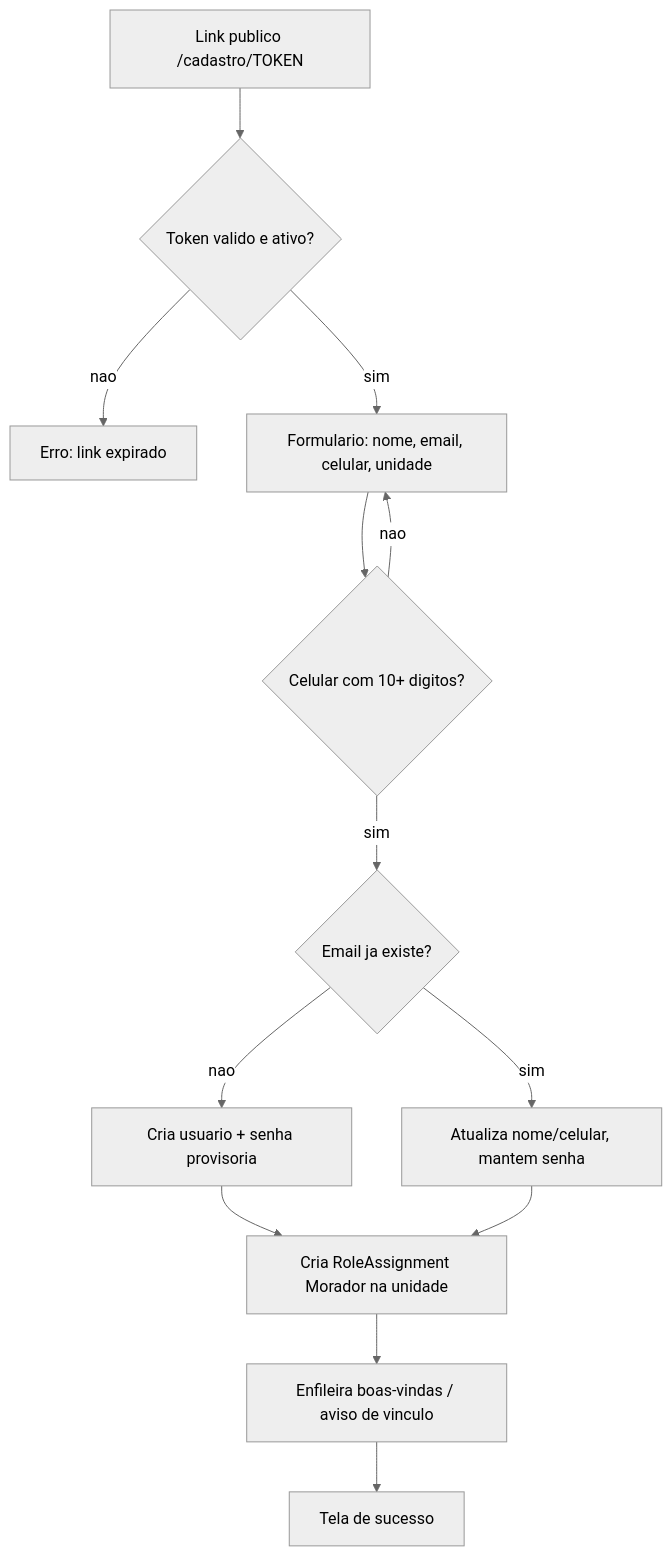
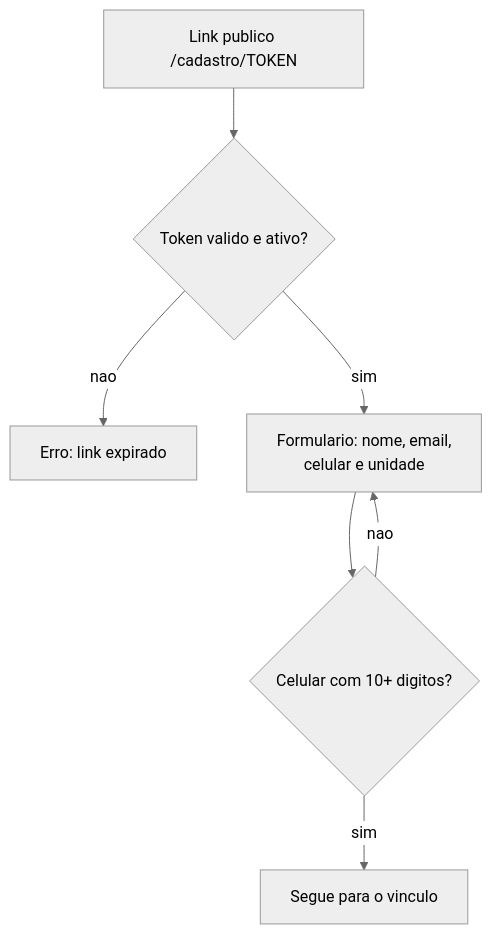
One commit to tiacquax-web/AcquaXcontrol changed the fourth of 14 diagrams in docs/FLUXOGRAMA-SISTEMA.md. Above: the diagram before and after it, drawn with Mermaid (neutral theme). The commit also changed other lines of this file and 1 other file, not shown here.

First line of the commit message:
docs(sistema): diagramas reajustados para nao ficarem cortados

````diff
--- a/docs/FLUXOGRAMA-SISTEMA.md
+++ b/docs/FLUXOGRAMA-SISTEMA.md
@@ -214,15 +214,9 @@
 ```mermaid
 flowchart TD
   L[Link publico /cadastro/TOKEN] --> V{Token valido e ativo?}
   V -- nao --> E[Erro: link expirado]
-  V -- sim --> F[Formulario: nome, email, celular, unidade]
+  V -- sim --> F["Formulario: nome, email,<br/>celular e unidade"]
   F --> G{Celular com 10+ digitos?}
   G -- nao --> F
-  G -- sim --> H{Email ja existe?}
-  H -- nao --> N[Cria usuario + senha provisoria]
-  H -- sim --> R[Atualiza nome/celular, mantem senha]
-  N --> RA[Cria RoleAssignment Morador na unidade]
-  R --> RA
-  RA --> EM[Enfileira boas-vindas / aviso de vinculo]
-  EM --> OK[Tela de sucesso]
+  G -- sim --> H[Segue para o vinculo]
 ```
````
